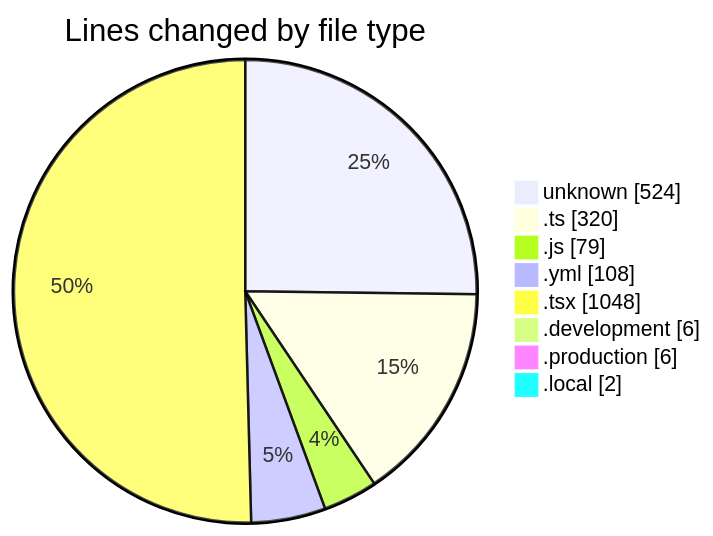
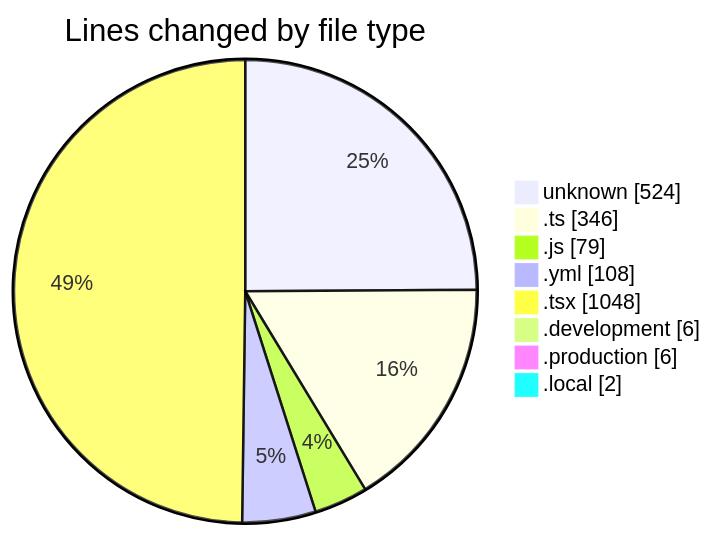
The first of 2 diagrams in 2025-05-17/niten/README.md (Elitesun/code-tracking), drawn with Mermaid before and after one commit. The commit also changed other lines of this file and 1 other file, not shown here.

````diff
--- a/2025-05-17/niten/README.md
+++ b/2025-05-17/niten/README.md
@@ -35,12 +35,12 @@
 ```mermaid
 pie showData
 title Lines changed by file type
 "unknown" : 524
-".ts" : 320
+".ts" : 346
 ".js" : 79
 ".yml" : 108
 ".tsx" : 1048
 ".development" : 6
 ".production" : 6
 ".local" : 2
 ```
````
